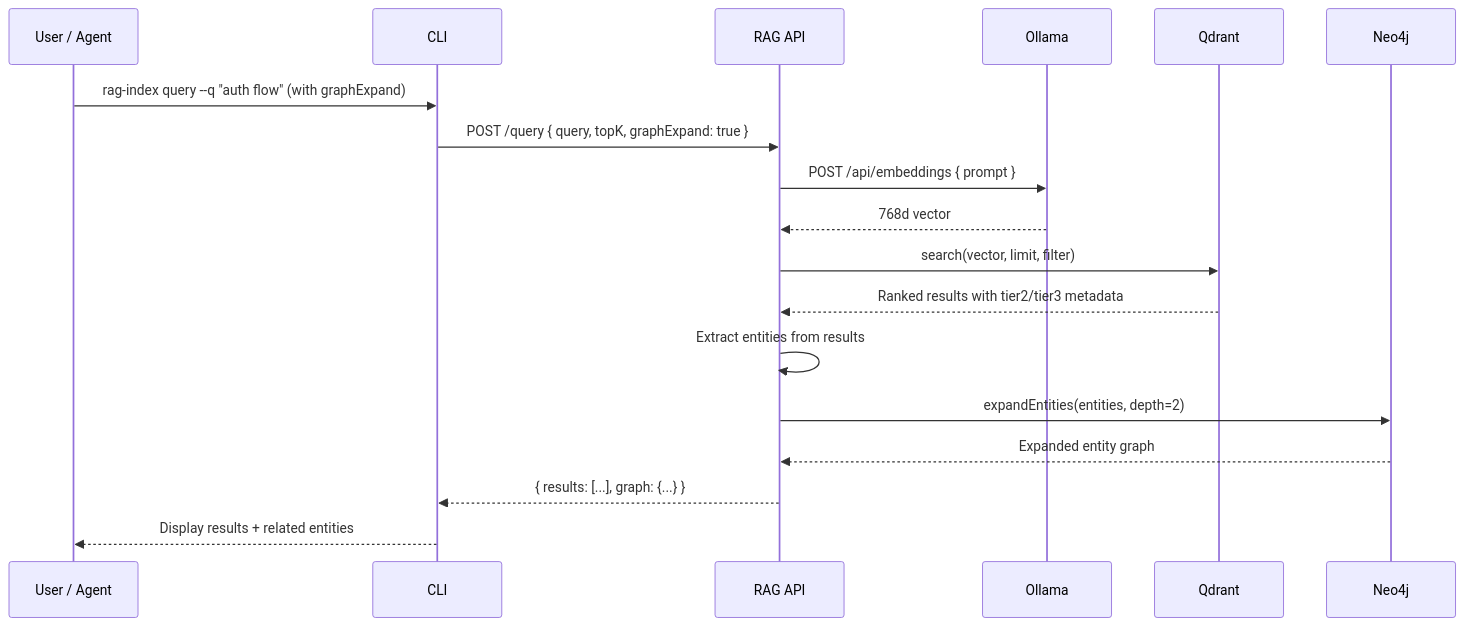
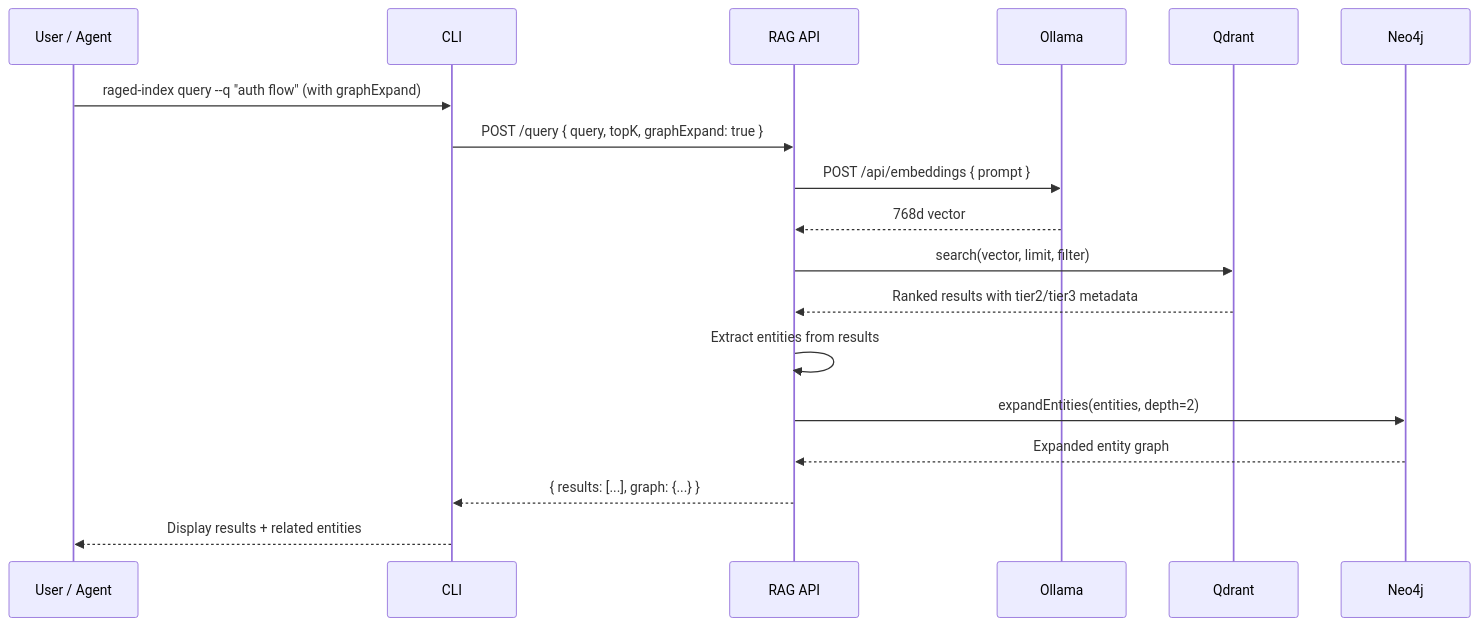
One commit to mfittko/raged changed the sixth of 7 diagrams in docs/01-architecture.md. Above: the diagram before and after it, drawn with Mermaid. The commit also changed other lines of this file and 17 other files, not shown here.

````diff
--- a/docs/01-architecture.md
+++ b/docs/01-architecture.md
@@ -246,21 +246,21 @@
 ```mermaid
 sequenceDiagram
     participant U as User / Agent
     participant C as CLI
     participant A as RAG API
     participant O as Ollama
     participant Q as Qdrant
     participant N as Neo4j
 
-    U->>C: rag-index query --q "auth flow" (with graphExpand)
+    U->>C: raged-index query --q "auth flow" (with graphExpand)
     C->>A: POST /query { query, topK, graphExpand: true }
     A->>O: POST /api/embeddings { prompt }
     O-->>A: 768d vector
     A->>Q: search(vector, limit, filter)
     Q-->>A: Ranked results with tier2/tier3 metadata
     A->>A: Extract entities from results
     A->>N: expandEntities(entities, depth=2)
     N-->>A: Expanded entity graph
     A-->>C: { results: [...], graph: {...} }
     C-->>U: Display results + related entities
 ```
````
